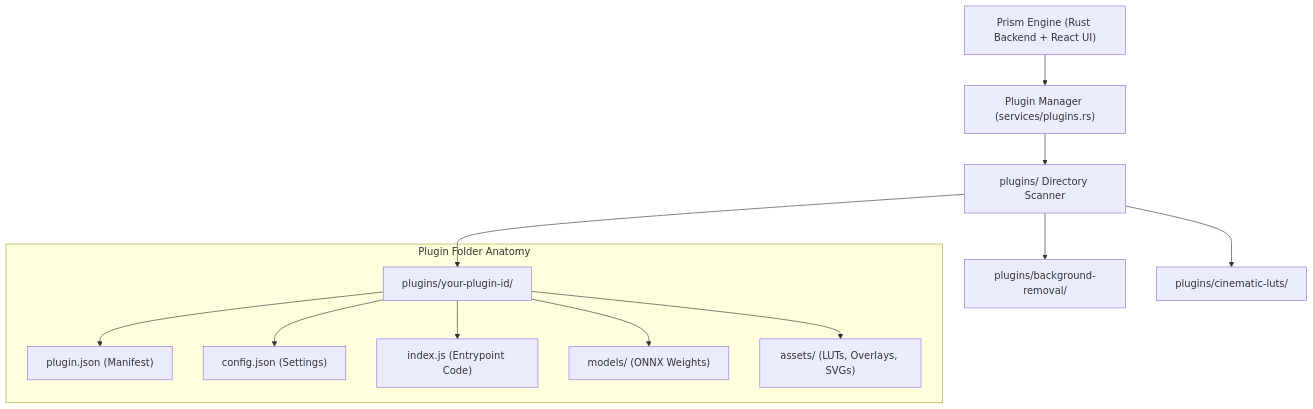
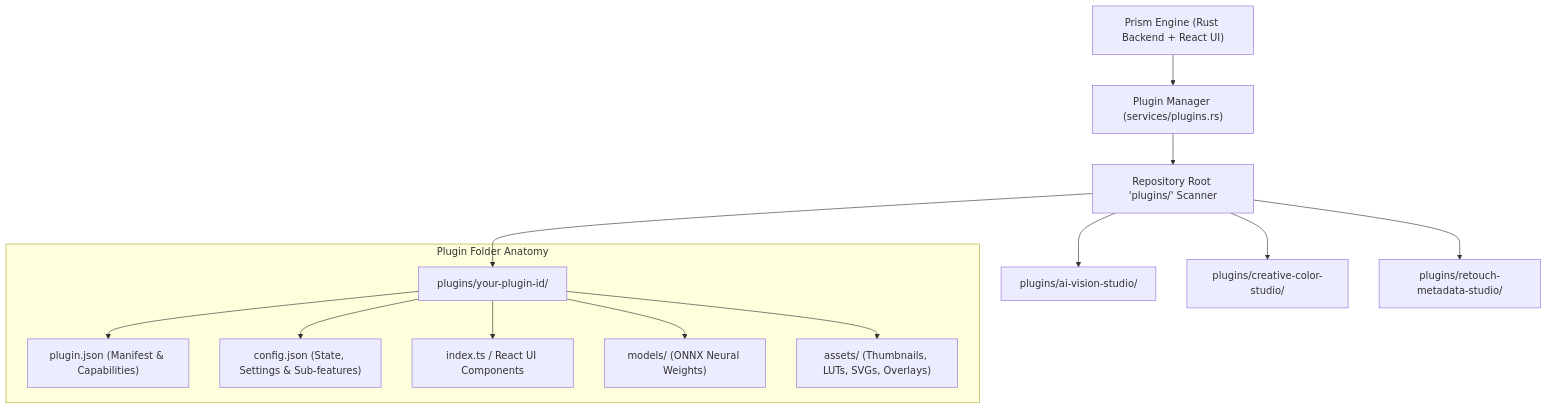
Before and after one commit to VardhmanSurana/Prism: the diagram in docs/PLUGINS.md, drawn with Mermaid. The commit also changed other lines of this file and 149 other files, not shown here.

````diff
--- a/docs/PLUGINS.md
+++ b/docs/PLUGINS.md
@@ -11,16 +11,17 @@
 ```mermaid
 graph TD
     A["Prism Engine (Rust Backend + React UI)"] --> B["Plugin Manager (services/plugins.rs)"]
-    B --> C["plugins/ Directory Scanner"]
-    C --> D["plugins/background-removal/"]
-    C --> E["plugins/cinematic-luts/"]
-    C --> F["plugins/your-plugin-id/"]
+    B --> C["Repository Root 'plugins/' Scanner"]
+    C --> D["plugins/ai-vision-studio/"]
+    C --> E["plugins/creative-color-studio/"]
+    C --> F["plugins/retouch-metadata-studio/"]
+    C --> G["plugins/your-plugin-id/"]
 
     subgraph PluginStructure["Plugin Folder Anatomy"]
-        F --> G["plugin.json (Manifest)"]
-        F --> H["config.json (Settings)"]
-        F --> I["index.js (Entrypoint Code)"]
-        F --> J["models/ (ONNX Weights)"]
-        F --> K["assets/ (LUTs, Overlays, SVGs)"]
+        G --> H["plugin.json (Manifest & Capabilities)"]
+        G --> I["config.json (State, Settings & Sub-features)"]
+        G --> J["index.ts / React UI Components"]
+        G --> K["models/ (ONNX Neural Weights)"]
+        G --> L["assets/ (Thumbnails, LUTs, SVGs, Overlays)"]
     end
 ```
````
